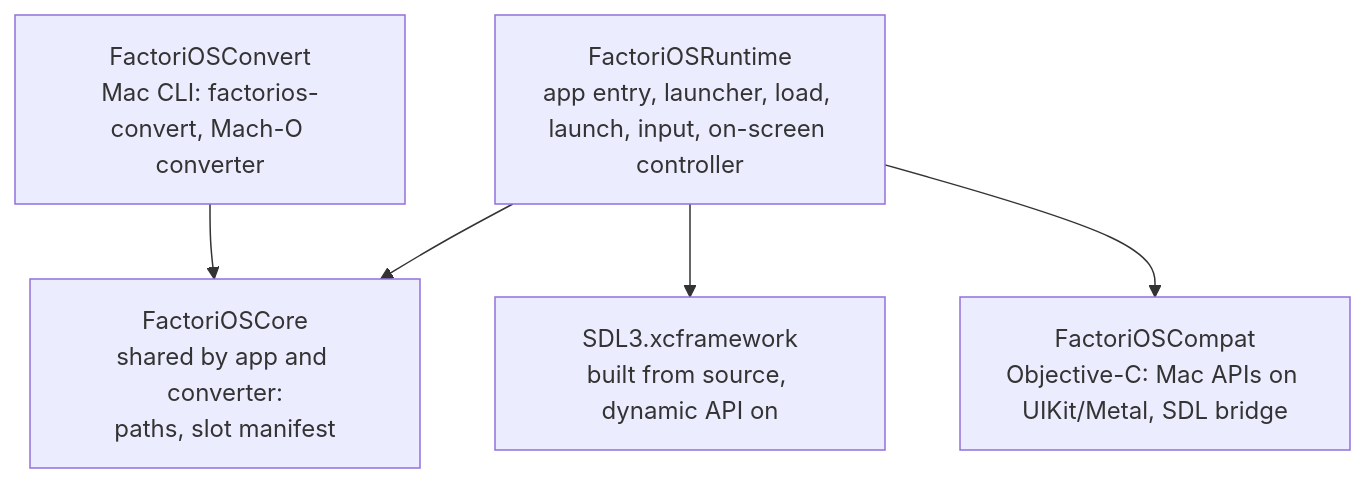
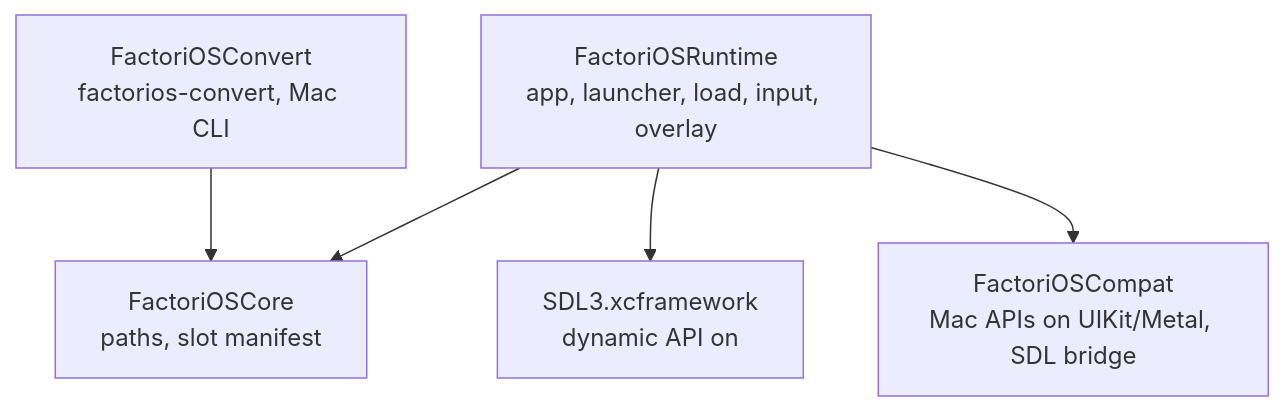
Before and after one commit to klesersurovyj-a11y/factorios: the first of 3 diagrams in docs/architecture.md, drawn with Mermaid. The commit also changed other lines of this file and 5 other files, not shown here.

````diff
--- a/docs/architecture.md
+++ b/docs/architecture.md
@@ -8,7 +8,7 @@
 ```mermaid
 flowchart TB
-    Runtime[FactoriOSRuntime<br/>app entry, launcher, load, launch, input, on-screen controller] --> Core[FactoriOSCore<br/>shared by app and converter:<br/>paths, slot manifest]
-    Runtime --> SDL[SDL3.xcframework<br/>built from source, dynamic API on]
-    Runtime --> Compat[FactoriOSCompat<br/>Objective-C: Mac APIs on UIKit/Metal, SDL bridge]
-    Convert[FactoriOSConvert<br/>Mac CLI: factorios-convert, Mach-O converter] --> Core
+    Runtime[FactoriOSRuntime<br/>app, launcher, load, input, overlay] --> Core[FactoriOSCore<br/>paths, slot manifest]
+    Runtime --> SDL[SDL3.xcframework<br/>dynamic API on]
+    Runtime --> Compat[FactoriOSCompat<br/>Mac APIs on UIKit/Metal, SDL bridge]
+    Convert[FactoriOSConvert<br/>factorios-convert, Mac CLI] --> Core
 ```
````
